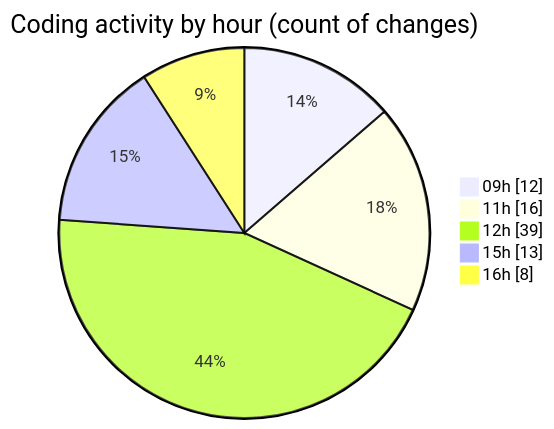
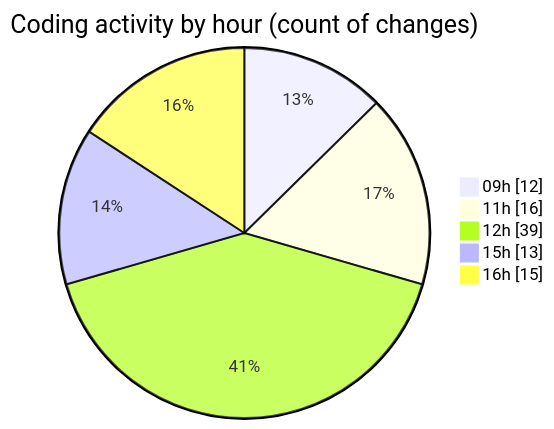
One commit to robertbonfada/code-tracking changed the second of 2 diagrams in 2025-02-20/mbc-web/README.md. Above: the diagram before and after it, drawn with Mermaid. The commit also changed other lines of this file and 1 other file, not shown here.

````diff
--- a/2025-02-20/mbc-web/README.md
+++ b/2025-02-20/mbc-web/README.md
@@ -59,9 +59,9 @@
 ```mermaid
 pie showData
 title Coding activity by hour (count of changes)
 "09h" : 12
 "11h" : 16
 "12h" : 39
 "15h" : 13
-"16h" : 8
+"16h" : 15
 ```
````
